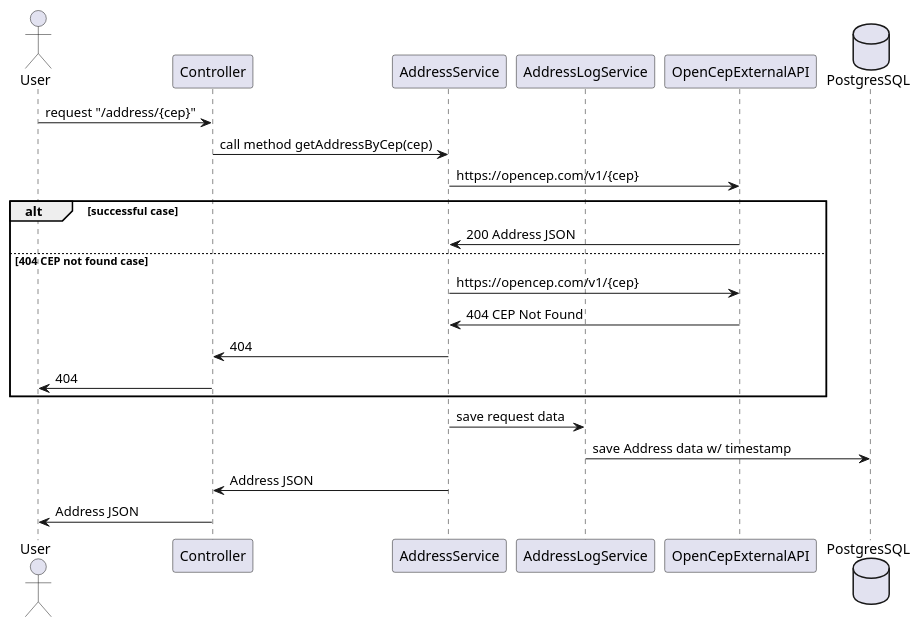
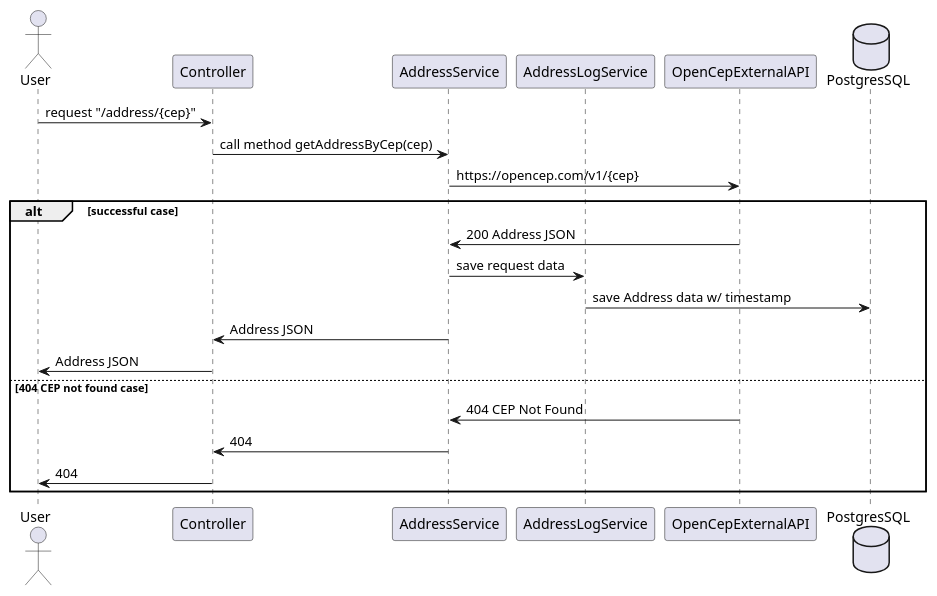
Before and after one commit to gustavopm1/ZipCodeApp: the diagram in src/main/resources/zipcode.puml, drawn with PlantUML. The commit also changed 1 other file, not shown here.

Commit message:
Updating diagram

```diff
--- a/src/main/resources/zipcode.puml
+++ b/src/main/resources/zipcode.puml
@@ -1,24 +1,24 @@
 @startuml
 
 actor User as u
 participant Controller as c 
 participant AddressService as s
 participant AddressLogService as ls
 participant OpenCepExternalAPI as oc
 database PostgresSQL as psql
 u -> c: request "/address/{cep}"
 c -> s: call method getAddressByCep(cep)
 s -> oc: https://opencep.com/v1/{cep}
 alt successful case
     s <- oc: 200 Address JSON
+    s -> ls: save request data
+    ls -> psql: save Address data w/ timestamp
+    c <- s: Address JSON
+    u <- c: Address JSON
 else 404 CEP not found case
-    s -> oc: https://opencep.com/v1/{cep}
     s <- oc: 404 CEP Not Found
     c <- s: 404
     u <- c: 404
 end       
-s -> ls: save request data
-ls -> psql: save Address data w/ timestamp
-c <- s: Address JSON
-u <- c: Address JSON
+
 @enduml
```
